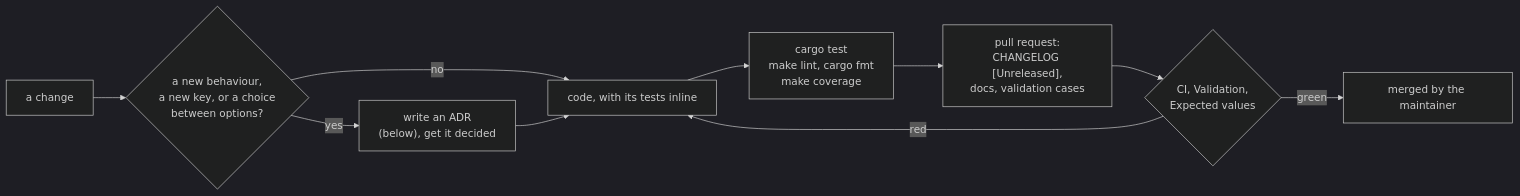
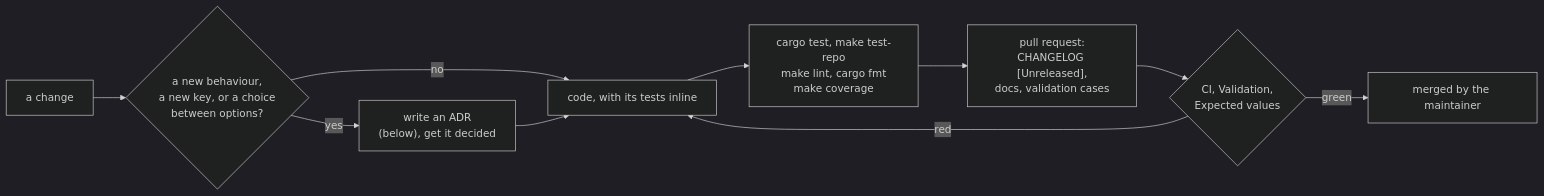
The first of 3 diagrams in docs/architecture/10-EXTENDING-FORGE.md (mollendorff-ai/forge), drawn with Mermaid (dark theme) before and after one commit. The commit also changed other lines of this file and 6 other files, not shown here.

First line of the commit message:
Docs: architecture pages 00, 03, 05, 08 and 10 checked against the code

````diff
--- a/docs/architecture/10-EXTENDING-FORGE.md
+++ b/docs/architecture/10-EXTENDING-FORGE.md
@@ -7,12 +7,12 @@
 ```mermaid
 flowchart LR
     idea["a change"] --> adr{"a new behaviour,<br/>a new key, or a choice<br/>between options?"}
     adr -- yes --> write["write an ADR<br/>(below), get it decided"]
     adr -- no --> code
     write --> code["code, with its tests inline"]
-    code --> local["cargo test<br/>make lint, cargo fmt<br/>make coverage"]
+    code --> local["cargo test, make test-repo<br/>make lint, cargo fmt<br/>make coverage"]
     local --> pr["pull request:<br/>CHANGELOG [Unreleased],<br/>docs, validation cases"]
     pr --> ci{"CI, Validation,<br/>Expected values"}
     ci -- red --> code
     ci -- green --> merge["merged by the maintainer"]
 ```
````
